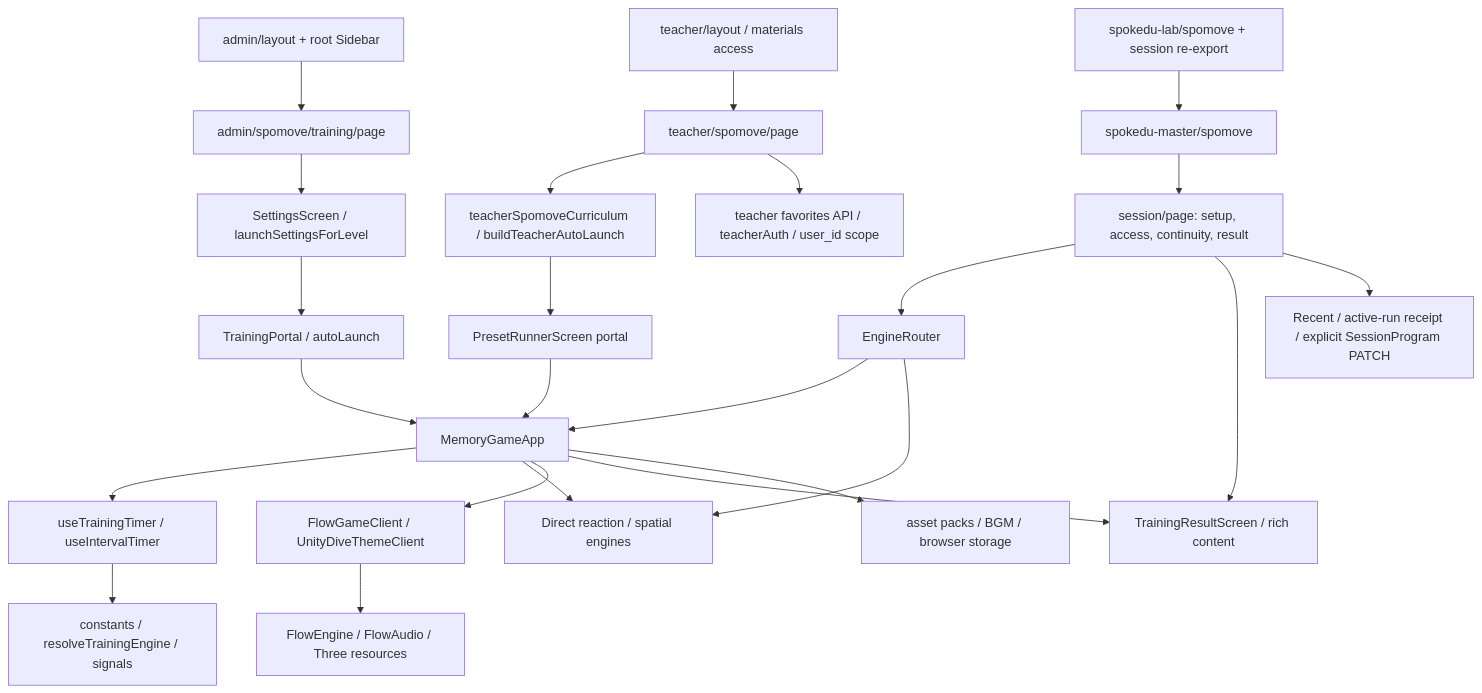
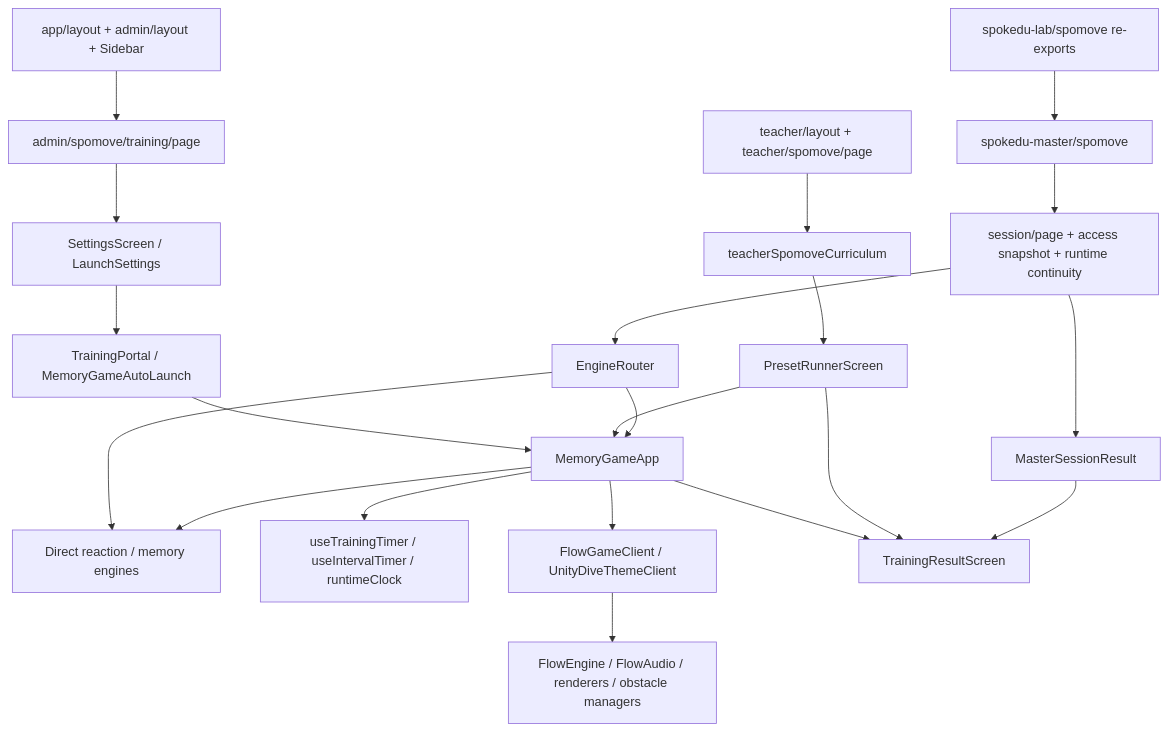
Before and after one commit to spokedu77-ops/1: the diagram in SPOMOVE_FORENSIC_AUDIT.md, drawn with Mermaid. The commit also changed other lines of this file and 290 other files, not shown here.

````diff
--- a/SPOMOVE_FORENSIC_AUDIT.md
+++ b/SPOMOVE_FORENSIC_AUDIT.md
@@ -65,26 +61,23 @@
 ```mermaid
 flowchart TD
-  AdminLayout[admin/layout + root Sidebar] --> Admin[admin/spomove/training/page]
-  Admin --> Setup[SettingsScreen / launchSettingsForLevel]
-  Setup --> Portal[TrainingPortal / autoLaunch]
+  AdminShell[app/layout + admin/layout + Sidebar] --> Admin[admin/spomove/training/page]
+  Admin --> Settings[SettingsScreen / LaunchSettings]
+  Settings --> Portal[TrainingPortal / MemoryGameAutoLaunch]
+  Teacher[teacher/layout + teacher/spomove/page] --> Curriculum[teacherSpomoveCurriculum]
+  Curriculum --> Runner[PresetRunnerScreen]
   Portal --> Player[MemoryGameApp]
-  TeacherLayout[teacher/layout / materials access] --> Teacher[teacher/spomove/page]
-  Teacher --> Curriculum[teacherSpomoveCurriculum / buildTeacherAutoLaunch]
-  Curriculum --> PresetRunner[PresetRunnerScreen portal]
-  PresetRunner --> Player
-  Lab[spokedu-lab/spomove + session re-export] --> Master[spokedu-master/spomove]
-  Master --> Session[session/page: setup, access, continuity, result]
+  Runner --> Player
+  Lab[spokedu-lab/spomove re-exports] --> Master[spokedu-master/spomove]
+  Master --> Session[session/page + access snapshot + runtime continuity]
   Session --> Router[EngineRouter]
   Router --> Player
-  Router --> Direct[Direct reaction / spatial engines]
-  Player --> Timers[useTrainingTimer / useIntervalTimer]
-  Player --> Direct
+  Router --> Engines[Direct reaction / memory engines]
+  Player --> Engines
+  Player --> Timers[useTrainingTimer / useIntervalTimer / runtimeClock]
   Player --> Flow[FlowGameClient / UnityDiveThemeClient]
-  Timers --> Signals[constants / resolveTrainingEngine / signals]
-  Flow --> FlowEngine[FlowEngine / FlowAudio / Three resources]
-  Player --> Result[TrainingResultScreen / rich content]
-  Session --> Result
-  Player --> Packs[asset packs / BGM / browser storage]
-  Session --> Persistence[Recent / active-run receipt / explicit SessionProgram PATCH]
-  Teacher --> Favorites[teacher favorites API / teacherAuth / user_id scope]
+  Flow --> FlowEngine[FlowEngine / FlowAudio / renderers / obstacle managers]
+  Player --> Results[TrainingResultScreen]
+  Runner --> Results
+  Session --> MasterResults[MasterSessionResult]
+  MasterResults --> Results
 ```
````
